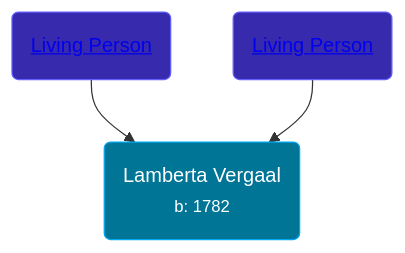
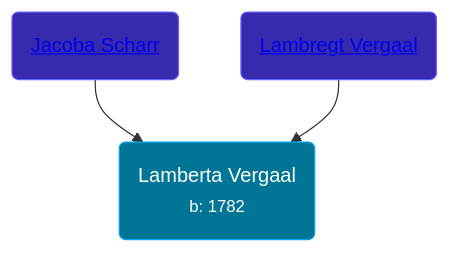
One commit to wpmgotkh/wpmgotkh.github.io changed the diagram in pages/people/9/91282624.md. Above: the diagram before and after it, drawn with Mermaid. The commit also changed other lines of this file and 586 other files, not shown here.

Commit message:
feat: better shouldConsiderPersonLiving algo

````diff
--- a/pages/people/9/91282624.md
+++ b/pages/people/9/91282624.md
@@ -11,9 +11,9 @@
 ```mermaid
 graph
 classDef grands fill:#193cb8,stroke:#2b7fff,stroke-width:1px,color:#fff;
 classDef parents fill:#372aac,stroke:#615fff,stroke-width:1px,color:#fff;
 classDef primary fill:#007595,stroke:#00a6f4,stroke-width:1px,color:#fff;
 91282624(Lamberta Vergaal<br /><small>b: 1782</small>):::primary
-98877980(<a class="text-white" href="/people/9/98877980">Living Person</a>):::parents-->91282624
-40250560(<a class="text-white" href="/people/4/40250560">Living Person</a>):::parents-->91282624
+98877980(<a class="text-white" href="/people/9/98877980">Jacoba Scharr</a>):::parents-->91282624
+40250560(<a class="text-white" href="/people/4/40250560">Lambregt Vergaal</a>):::parents-->91282624
 ```
````
